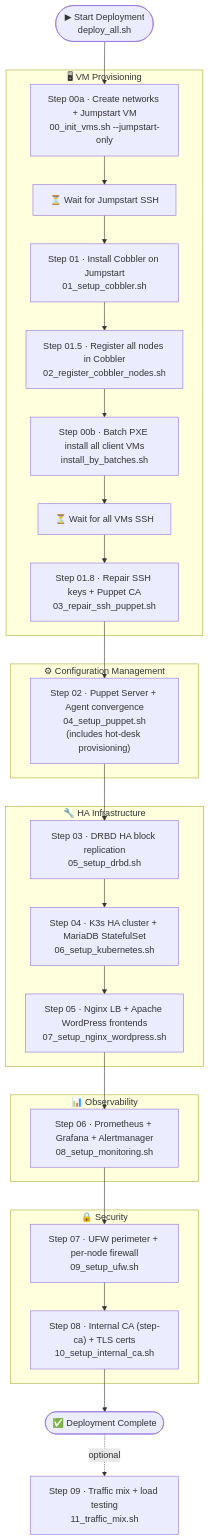
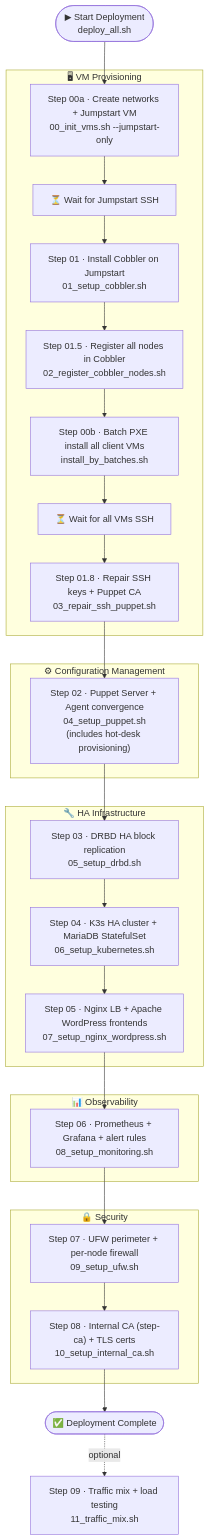
The third of 3 diagrams in docs/NETWORK_DIAGRAM.md (Aitor42/CMS-HA-Infrastructure), drawn with Mermaid before and after one commit. The commit also changed other lines of this file and 4 other files, not shown here.

````diff
--- a/docs/NETWORK_DIAGRAM.md
+++ b/docs/NETWORK_DIAGRAM.md
@@ -212,53 +230,53 @@
 ```mermaid
 graph TD
     START(["▶ Start Deployment<br/>deploy_all.sh"])
 
     subgraph VM_PROVISION["🖥 VM Provisioning"]
         STEP00A["Step 00a · Create networks + Jumpstart VM<br/>00_init_vms.sh --jumpstart-only"]
         WAIT_JS["⏳ Wait for Jumpstart SSH"]
         STEP01["Step 01 · Install Cobbler on Jumpstart<br/>01_setup_cobbler.sh"]
         STEP015["Step 01.5 · Register all nodes in Cobbler<br/>02_register_cobbler_nodes.sh"]
         STEP00B["Step 00b · Batch PXE install all client VMs<br/>install_by_batches.sh"]
         WAIT_NODES["⏳ Wait for all VMs SSH"]
         STEP018["Step 01.8 · Repair SSH keys + Puppet CA<br/>03_repair_ssh_puppet.sh"]
     end
 
     subgraph CONFIG_MGMT["⚙ Configuration Management"]
         STEP02["Step 02 · Puppet Server + Agent convergence<br/>04_setup_puppet.sh<br/>(includes hot-desk provisioning)"]
     end
 
     subgraph HA_INFRA["🔧 HA Infrastructure"]
         STEP03["Step 03 · DRBD HA block replication<br/>05_setup_drbd.sh"]
         STEP04["Step 04 · K3s HA cluster + MariaDB StatefulSet<br/>06_setup_kubernetes.sh"]
         STEP05["Step 05 · Nginx LB + Apache WordPress frontends<br/>07_setup_nginx_wordpress.sh"]
     end
 
     subgraph OBSERVE["📊 Observability"]
-        STEP06["Step 06 · Prometheus + Grafana + Alertmanager<br/>08_setup_monitoring.sh"]
+        STEP06["Step 06 · Prometheus + Grafana + alert rules<br/>08_setup_monitoring.sh"]
     end
 
     subgraph SECURITY["🔒 Security"]
         STEP07["Step 07 · UFW perimeter + per-node firewall<br/>09_setup_ufw.sh"]
         STEP08["Step 08 · Internal CA (step-ca) + TLS certs<br/>10_setup_internal_ca.sh"]
     end
 
     TRAFFIC["Step 09 · Traffic mix + load testing<br/>11_traffic_mix.sh"]
     END(["✅ Deployment Complete"])
 
     START --> STEP00A
     STEP00A --> WAIT_JS
     WAIT_JS --> STEP01
     STEP01 --> STEP015
     STEP015 --> STEP00B
     STEP00B --> WAIT_NODES
     WAIT_NODES --> STEP018
     STEP018 --> STEP02
     STEP02 --> STEP03
     STEP03 --> STEP04
     STEP04 --> STEP05
     STEP05 --> STEP06
     STEP06 --> STEP07
     STEP07 --> STEP08
     STEP08 --> END
     END -.->|"optional"| TRAFFIC
 ```
````
